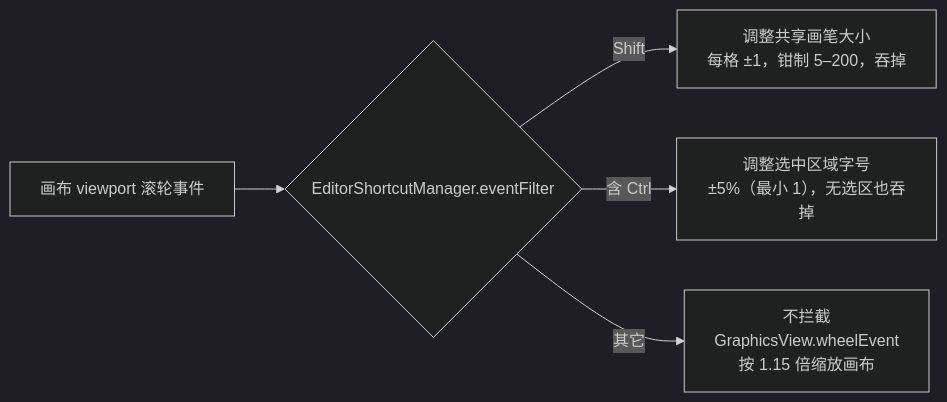
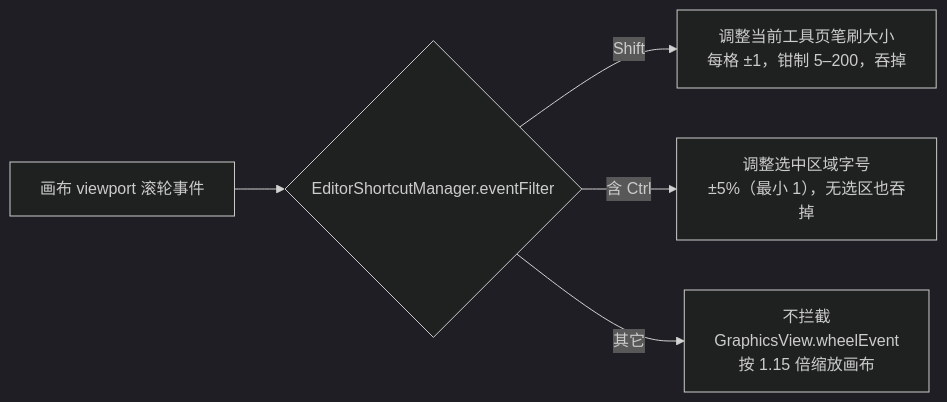
One commit to hgmzhn/manga-translator-ui changed the second of 2 diagrams in doc/wiki/zh/desktop/editor/shortcuts.md. Above: the diagram before and after it, drawn with Mermaid (dark theme). The commit also changed other lines of this file and 12 other files, not shown here.

````diff
--- a/doc/wiki/zh/desktop/editor/shortcuts.md
+++ b/doc/wiki/zh/desktop/editor/shortcuts.md
@@ -87,7 +87,7 @@
 ```mermaid
 flowchart LR
     W["画布 viewport 滚轮事件"] --> F{"EditorShortcutManager.eventFilter"}
-    F -->|Shift| B["调整共享画笔大小<br/>每格 ±1，钳制 5–200，吞掉"]
+    F -->|Shift| B["调整当前工具页笔刷大小<br/>每格 ±1，钳制 5–200，吞掉"]
     F -->|含 Ctrl| C["调整选中区域字号<br/>±5%（最小 1），无选区也吞掉"]
     F -->|其它| Z["不拦截<br/>GraphicsView.wheelEvent<br/>按 1.15 倍缩放画布"]
 ```
````
